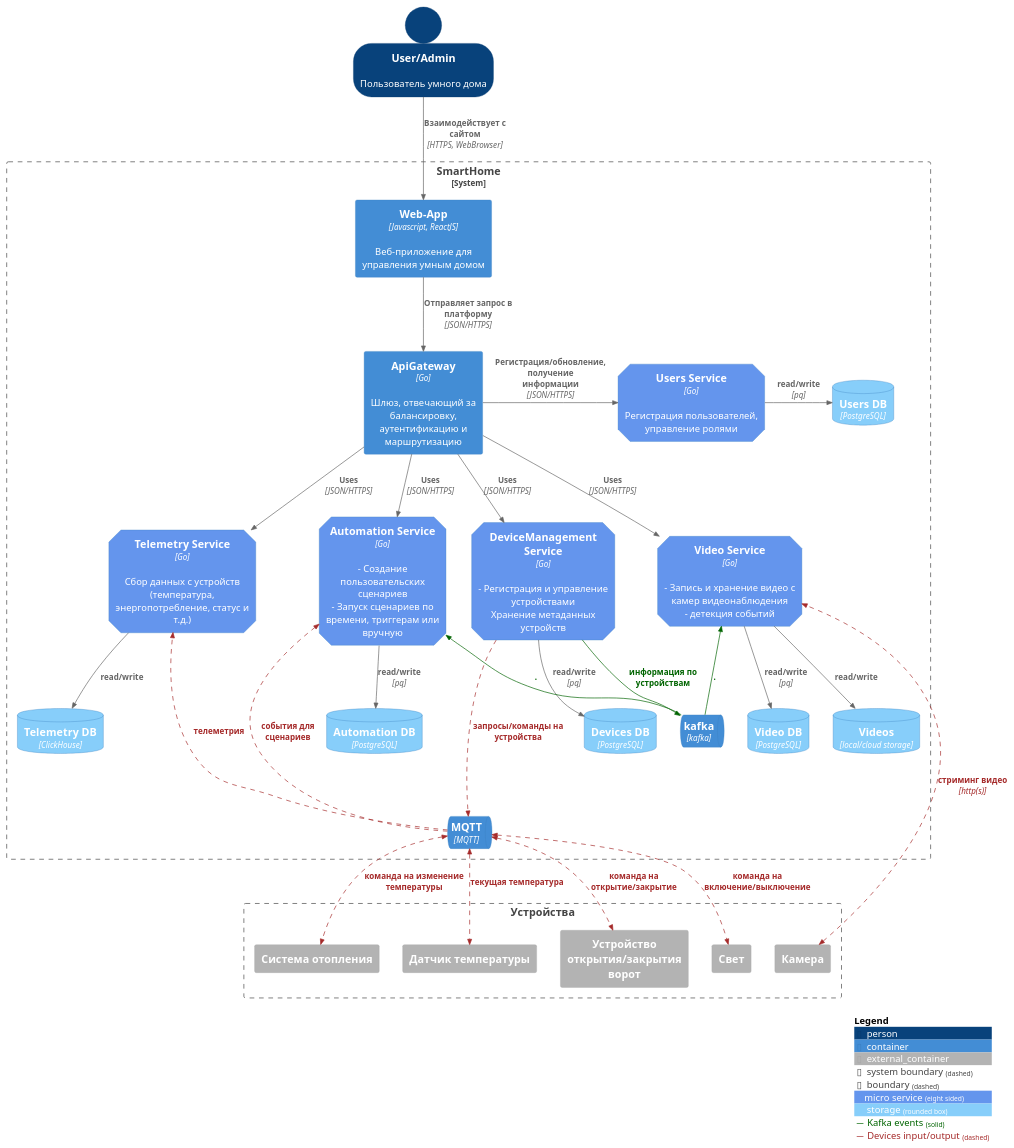
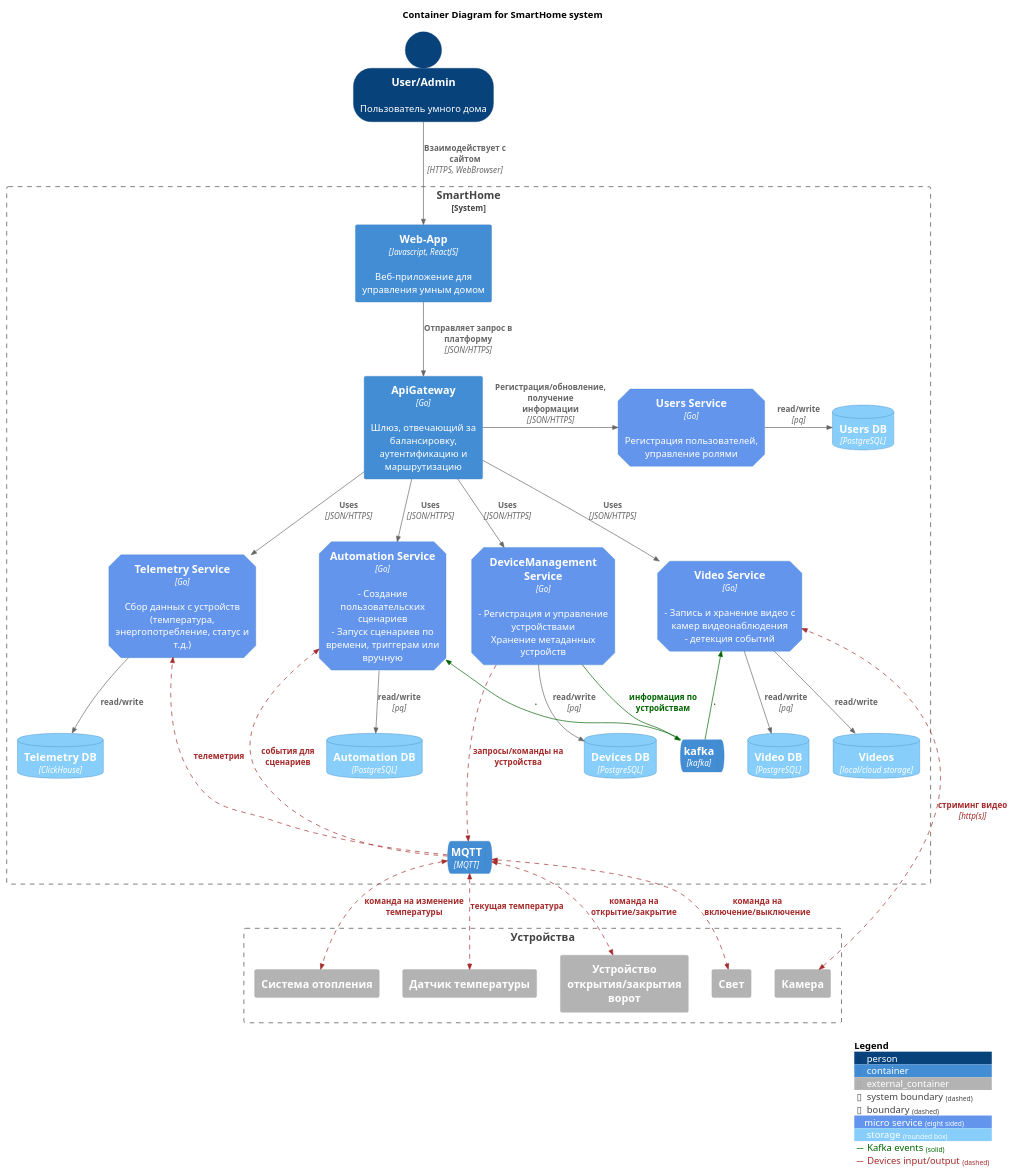
The diagram in diagrams/container/SmartHome_Microservices_Container.puml (alexrigin/architecture-warmhouse), drawn with PlantUML before and after one commit. The commit also changed 18 other files, not shown here.

```diff
--- a/diagrams/container/SmartHome_Microservices_Container.puml
+++ b/diagrams/container/SmartHome_Microservices_Container.puml
@@ -1,87 +1,89 @@
 @startuml
 
 !include https://raw.githubusercontent.com/plantuml-stdlib/C4-PlantUML/master/C4_Container.puml
+
+title Container Diagram for SmartHome system
 
 AddElementTag("microService", $shape=EightSidedShape(), $bgColor="CornflowerBlue", $fontColor="white", $legendText="micro service\neight sided")
 AddElementTag("storage", $shape=RoundedBoxShape(), $bgColor="lightSkyBlue", $fontColor="white")
 AddRelTag("Kafka events", $textColor="darkgreen", $lineColor="darkgreen", $lineStyle = SolidLine())
 AddRelTag("Devices input/output", $textColor="brown", $lineColor="brown", $lineStyle = DashedLine())
 
 SHOW_PERSON_OUTLINE()
 
 Person(user, User/Admin, "Пользователь умного дома")
 
 System_Boundary(c1, "SmartHome") {
     Container(web_app, "Web-App", "Javascript, ReactJS", "Веб-приложение для управления умным домом")
 
     Container(api_gateway, "ApiGateway", "Go", "Шлюз, отвечающий за балансировку, аутентификацию и маршрутизацию")
 
     'Container(auth_service, "Auth Service", "Go", "Аутентификация", $tags = "microService")
 
     Container(users_service, "Users Service", "Go", "Регистрация пользователей, управление ролями", $tags = "microService")
     ContainerDb(users_db, "Users DB", "PostgreSQL", "", $tags = "storage")
 
     Container(device_management_service, "DeviceManagement Service", "Go", "- Регистрация и управление устройствами\nХранение метаданных устройств", $tags = "microService")
     ContainerDb(devices_db, "Devices DB", "PostgreSQL", "", $tags = "storage")
 
     Container(automation_service, "Automation Service", "Go", "- Создание пользовательских сценариев\n- Запуск сценариев по времени, триггерам или вручную", $tags = "microService")
     ContainerDb(automation_db, "Automation DB", "PostgreSQL", "", $tags = "storage")
 
     Container(video_service, "Video Service", "Go", "- Запись и хранение видео с камер видеонаблюдения\n- детекция событий", $tags = "microService")
     ContainerDb(video_db, "Video DB", "PostgreSQL", "", $tags = "storage")
     ContainerDb(video_storage, "Videos", "local/cloud storage", "", $tags = "storage")
 
     Container(telemetry_service, "Telemetry Service", "Go", "Сбор данных с устройств (температура, энергопотребление, статус и т.д.)", $tags = "microService")
     ContainerDb(telemetry_db, "Telemetry DB", "ClickHouse", "", $tags = "storage")
     ContainerQueue(kafka, "kafka", "kafka")
     ContainerQueue(mqtt, "MQTT", "MQTT")
 }
 
 Boundary(c2, "Устройства") {
     Container_Ext(gate, "Устройство открытия/закрытия ворот")
     Container_Ext(light, "Свет")
     Container_Ext(camera, "Камера")
     Container_Ext(heating_system, "Система отопления")
     Container_Ext(temperature_sensor, "Датчик температуры")
 }
 
 Rel_D(user, web_app, "Взаимодействует с сайтом", "HTTPS, WebBrowser")
 Rel_D(web_app, api_gateway, "Отправляет запрос в платформу", "JSON/HTTPS")
 
 'Rel_R(api_gateway, auth_service, "-получение токена\n-валидация токена", "JSON/HTTPS")
 Rel_R(api_gateway, users_service, "Регистрация/обновление, получение информации", "JSON/HTTPS")
 Rel(api_gateway, automation_service, "Uses", "JSON/HTTPS")
 Rel(api_gateway, device_management_service, "Uses", "JSON/HTTPS")
 Rel(api_gateway, telemetry_service, "Uses", "JSON/HTTPS")
 Rel(api_gateway, video_service, "Uses", "JSON/HTTPS")
 'Rel_R(auth_service, users_service, "Проверка пользователя/кредов", "JSON/HTTPS")
 Rel_R(users_service, users_db, "read/write", "pq")
 Rel_D(device_management_service, devices_db, "read/write", "pq")
 Rel(automation_service, automation_db, "read/write", "pq")
 Rel(telemetry_service, telemetry_db, "read/write")
 Rel(video_service, video_db, "read/write", "pq")
 Rel(video_service, video_storage, "read/write", "")
 
 Rel(device_management_service, kafka, "информация по устройствам", "", $tags = "Kafka events")
 Rel(kafka, automation_service, ".", "", $tags = "Kafka events")
 Rel(kafka, video_service, ".", "", $tags = "Kafka events")
 
 Rel(mqtt, telemetry_service, "телеметрия", $tags = "Devices input/output")
 Rel(device_management_service, mqtt, "запросы/команды на устройства", $tags = "Devices input/output")
 Rel(mqtt, automation_service, "события для сценариев", $tags = "Devices input/output")
 
 BiRel(camera, video_service, "стриминг видео", "http(s)", $tags = "Devices input/output")
 BiRel(mqtt, light, "команда на включение/выключение", $tags = "Devices input/output")
 BiRel(mqtt, gate, "команда на открытие/закрытие", $tags = "Devices input/output")
 BiRel(mqtt, heating_system, "команда на изменение температуры", $tags = "Devices input/output")
 BiRel(mqtt, temperature_sensor, "текущая температура", $tags = "Devices input/output")
 
 Lay_U(kafka, video_service)
 Lay_R(telemetry_service, automation_service )
 Lay_R(automation_service, device_management_service)
 Lay_R(device_management_service, video_service)
 Lay_D(kafka,mqtt)
 
 SHOW_LEGEND()
 
 @enduml
```
